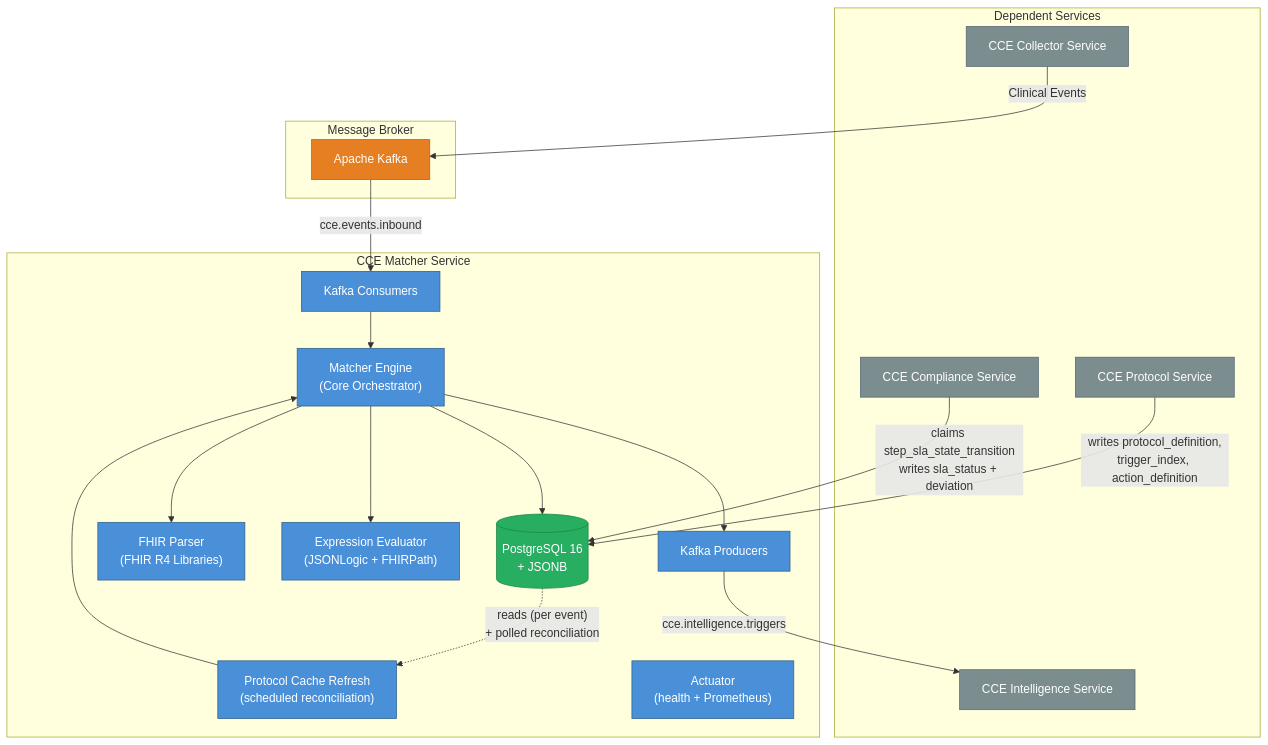
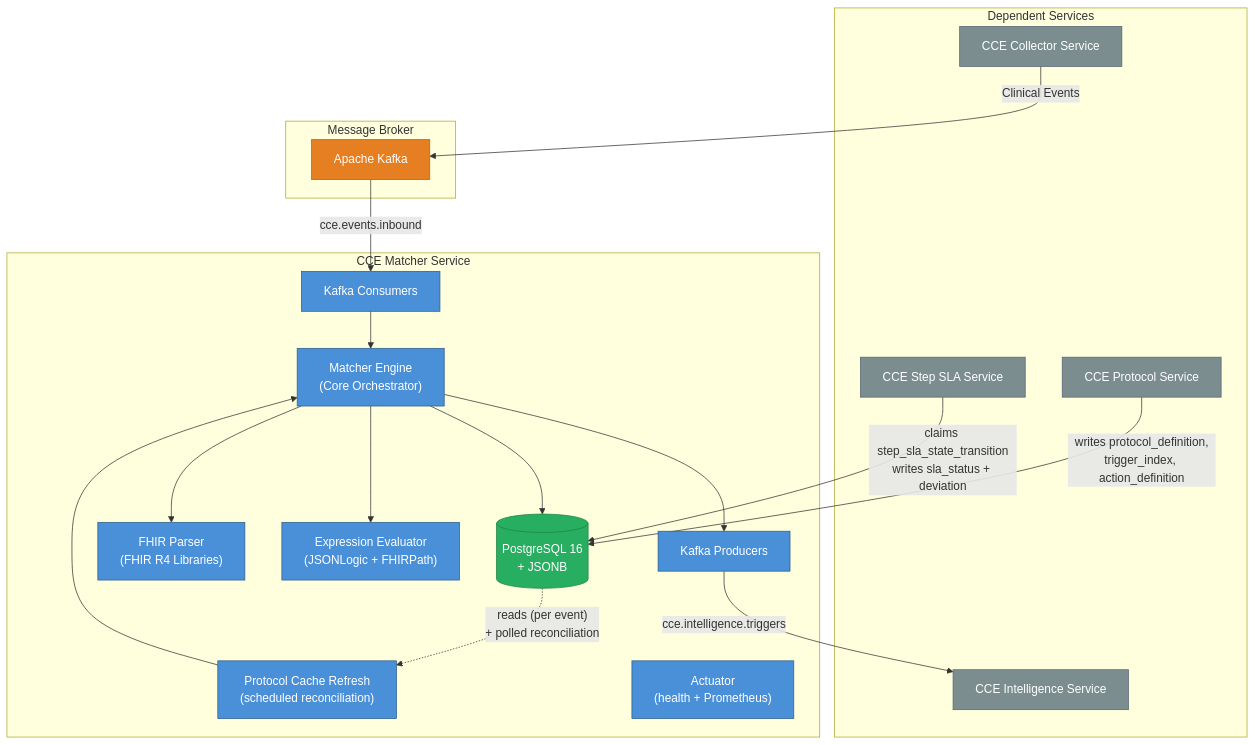
One commit to Jayaprakash8887/cce-matcher-service changed the first of 7 diagrams in docs/architecture-overview.md. Above: the diagram before and after it, drawn with Mermaid. The commit also changed other lines of this file and 9 other files, not shown here.

First line of the commit message:
Point at cce-step-sla-service for the time plane

````diff
--- a/docs/architecture-overview.md
+++ b/docs/architecture-overview.md
@@ -10,47 +10,47 @@
 ```mermaid
 graph TB
     subgraph Dependent Services
         INTEL["CCE Intelligence Service"]
         EHR["CCE Collector Service"]
-        COMPLIANCE["CCE Compliance Service"]
+        COMPLIANCE["CCE Step SLA Service"]
         MGMT["CCE Protocol Service"]
     end
 
     subgraph CCE Matcher Service
         ENGINE["Matcher Engine<br/>(Core Orchestrator)"]
         KAFKA_C["Kafka Consumers"]
         KAFKA_P["Kafka Producers"]
         FHIR["FHIR Parser<br/>(FHIR R4 Libraries)"]
         EXPR["Expression Evaluator<br/>(JSONLogic + FHIRPath)"]
         REFRESH["Protocol Cache Refresh<br/>(scheduled reconciliation)"]
         ACTUATOR["Actuator<br/>(health + Prometheus)"]
         DB[("PostgreSQL 16<br/>+ JSONB")]
     end
 
     subgraph Message Broker
         KAFKA["Apache Kafka"]
     end
 
     EHR -->|"Clinical Events"| KAFKA
     KAFKA -->|"cce.events.inbound"| KAFKA_C
     KAFKA_C --> ENGINE
     ENGINE --> FHIR
     ENGINE --> EXPR
     ENGINE --> DB
     ENGINE --> KAFKA_P
     KAFKA_P -->|"cce.intelligence.triggers"| INTEL
     MGMT -->|"writes protocol_definition,<br/>trigger_index, action_definition"| DB
     COMPLIANCE -->|"claims step_sla_state_transition<br/>writes sla_status + deviation"| DB
     DB -.->|"reads (per event)<br/>+ polled reconciliation"| REFRESH
     REFRESH --> ENGINE
 
     classDef service fill:#4A90D9,stroke:#2C5F8A,color:white
     classDef external fill:#7B8D8E,stroke:#566573,color:white
     classDef data fill:#27AE60,stroke:#1E8449,color:white
     classDef broker fill:#E67E22,stroke:#D35400,color:white
 
     class ENGINE,KAFKA_C,KAFKA_P,FHIR,EXPR,REFRESH,ACTUATOR service
     class EHR,COMPLIANCE,INTEL,MGMT external
     class DB data
     class KAFKA broker
 ```
````
